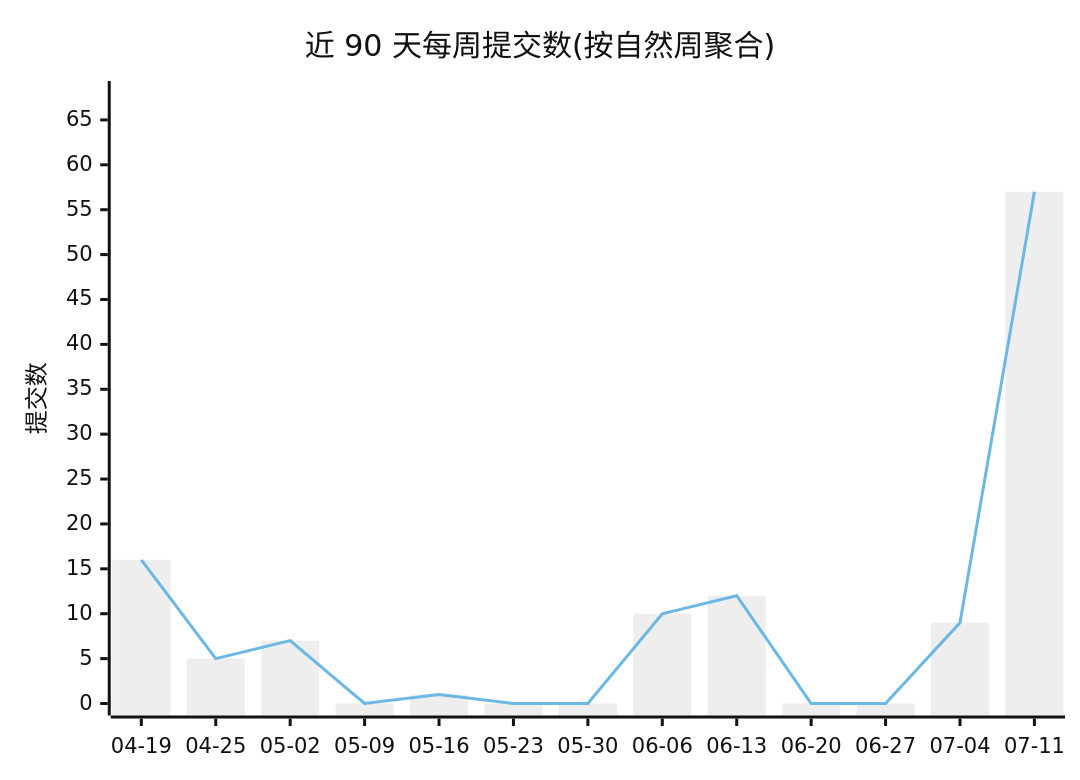
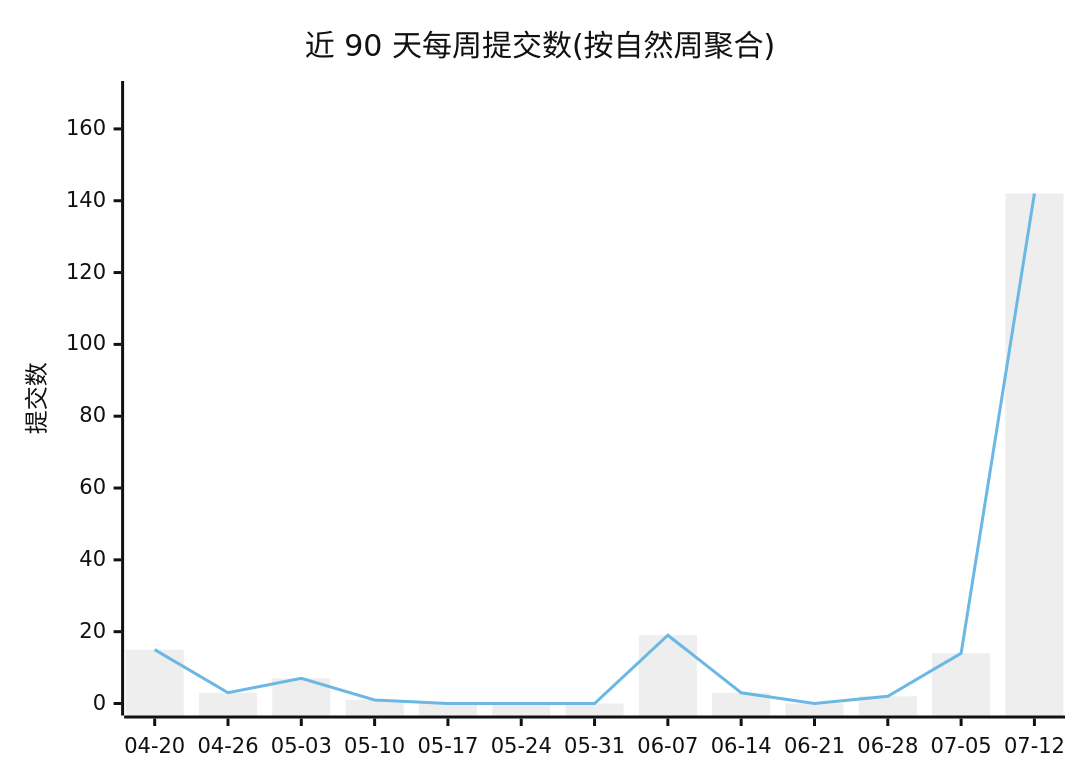
One commit to Conflux-Union/.github changed the first of 2 diagrams in profile/README.md. Above: the diagram before and after it, drawn with Mermaid (neutral theme). The commit also changed other lines of this file and 1 other file, not shown here.

````diff
--- a/profile/README.md
+++ b/profile/README.md
@@ -44,8 +44,8 @@
 ```mermaid
 xychart-beta
     title "近 90 天每周提交数(按自然周聚合)"
-    x-axis ["04-19", "04-25", "05-02", "05-09", "05-16", "05-23", "05-30", "06-06", "06-13", "06-20", "06-27", "07-04", "07-11"]
-    y-axis "提交数" 0 --> 68
-    bar [16, 5, 7, 0, 1, 0, 0, 10, 12, 0, 0, 9, 57]
-    line [16, 5, 7, 0, 1, 0, 0, 10, 12, 0, 0, 9, 57]
+    x-axis ["04-20", "04-26", "05-03", "05-10", "05-17", "05-24", "05-31", "06-07", "06-14", "06-21", "06-28", "07-05", "07-12"]
+    y-axis "提交数" 0 --> 170
+    bar [15, 3, 7, 1, 0, 0, 0, 19, 3, 0, 2, 14, 142]
+    line [15, 3, 7, 1, 0, 0, 0, 19, 3, 0, 2, 14, 142]
 ```
````
